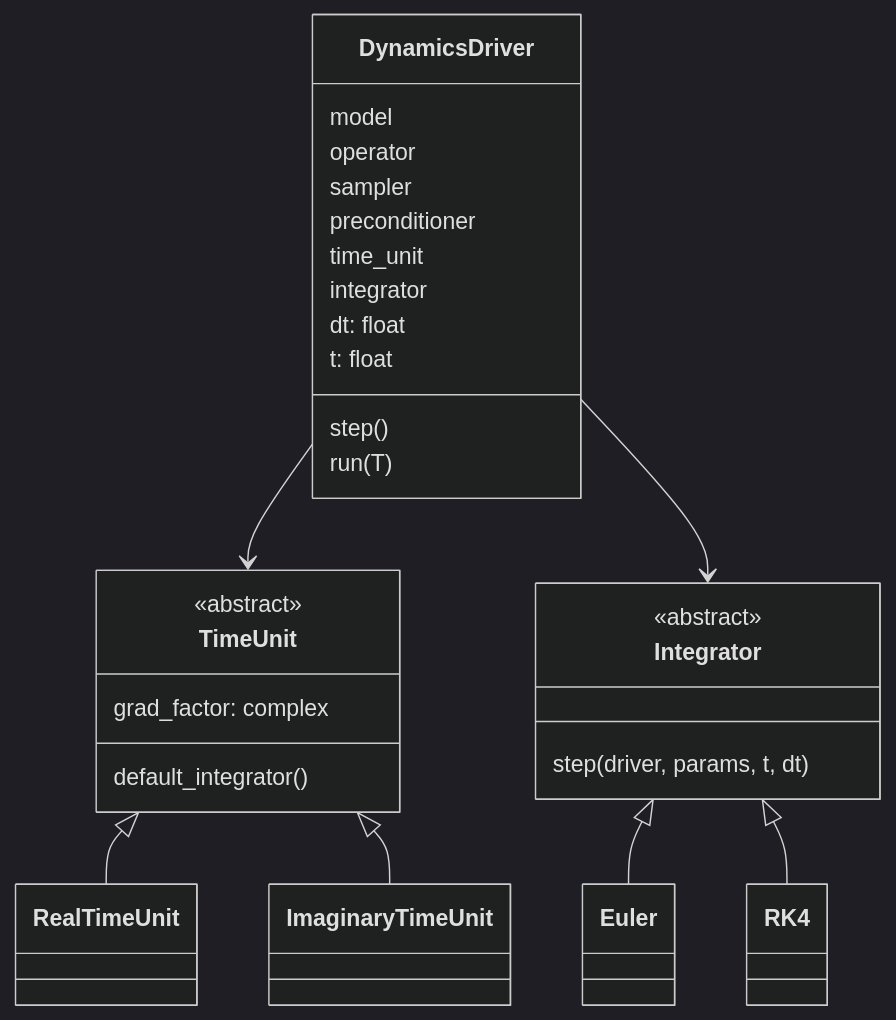
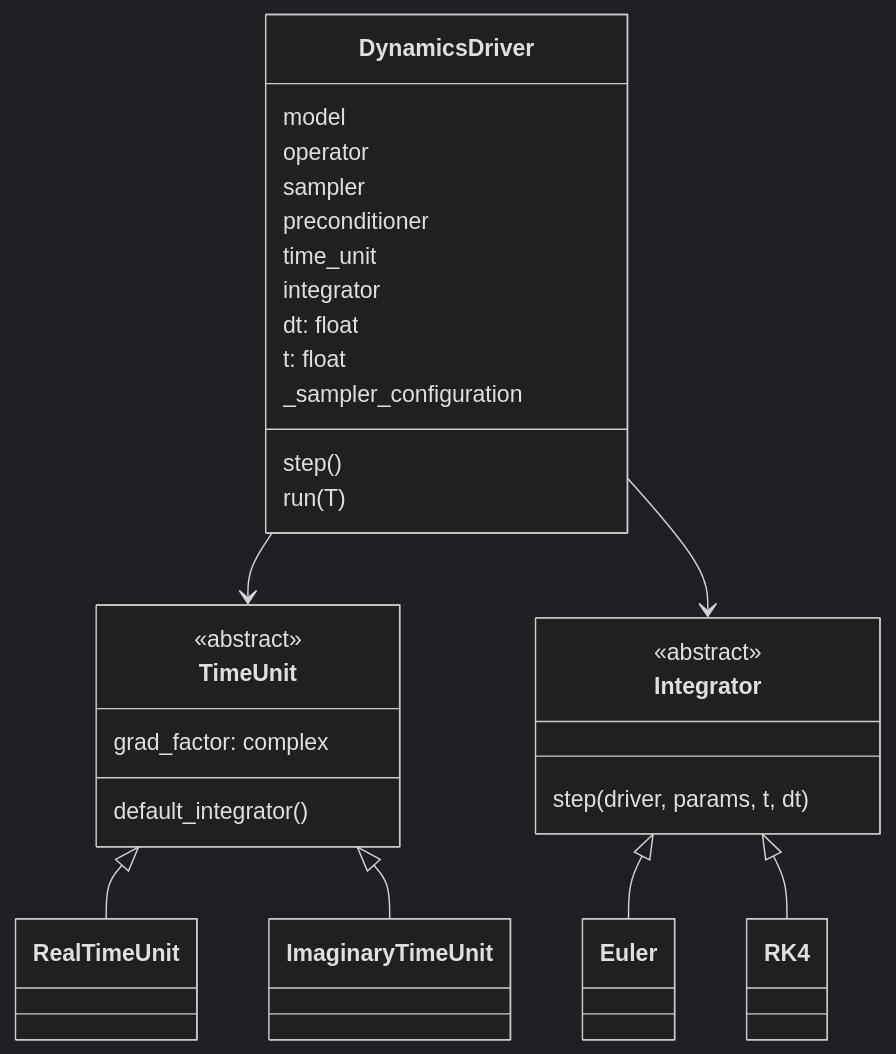
The third of 4 diagrams in DESIGN.md (fliingelephant/VMC), drawn with Mermaid (dark theme) before and after one commit. The commit also changed other lines of this file and 11 other files, not shown here.

````diff
--- a/DESIGN.md
+++ b/DESIGN.md
@@ -134,37 +148,38 @@
 ```mermaid
 classDiagram
     class TimeUnit {
         <<abstract>>
         grad_factor: complex
         default_integrator()
     }
     class RealTimeUnit
     class ImaginaryTimeUnit
 
     class Integrator {
         <<abstract>>
         step(driver, params, t, dt)
     }
     class Euler
     class RK4
 
     class DynamicsDriver {
         model
         operator
         sampler
         preconditioner
         time_unit
         integrator
         dt: float
         t: float
+        _sampler_configuration
         step()
         run(T)
     }
 
     TimeUnit <|-- RealTimeUnit
     TimeUnit <|-- ImaginaryTimeUnit
     Integrator <|-- Euler
     Integrator <|-- RK4
     DynamicsDriver --> TimeUnit
     DynamicsDriver --> Integrator
 ```
````
